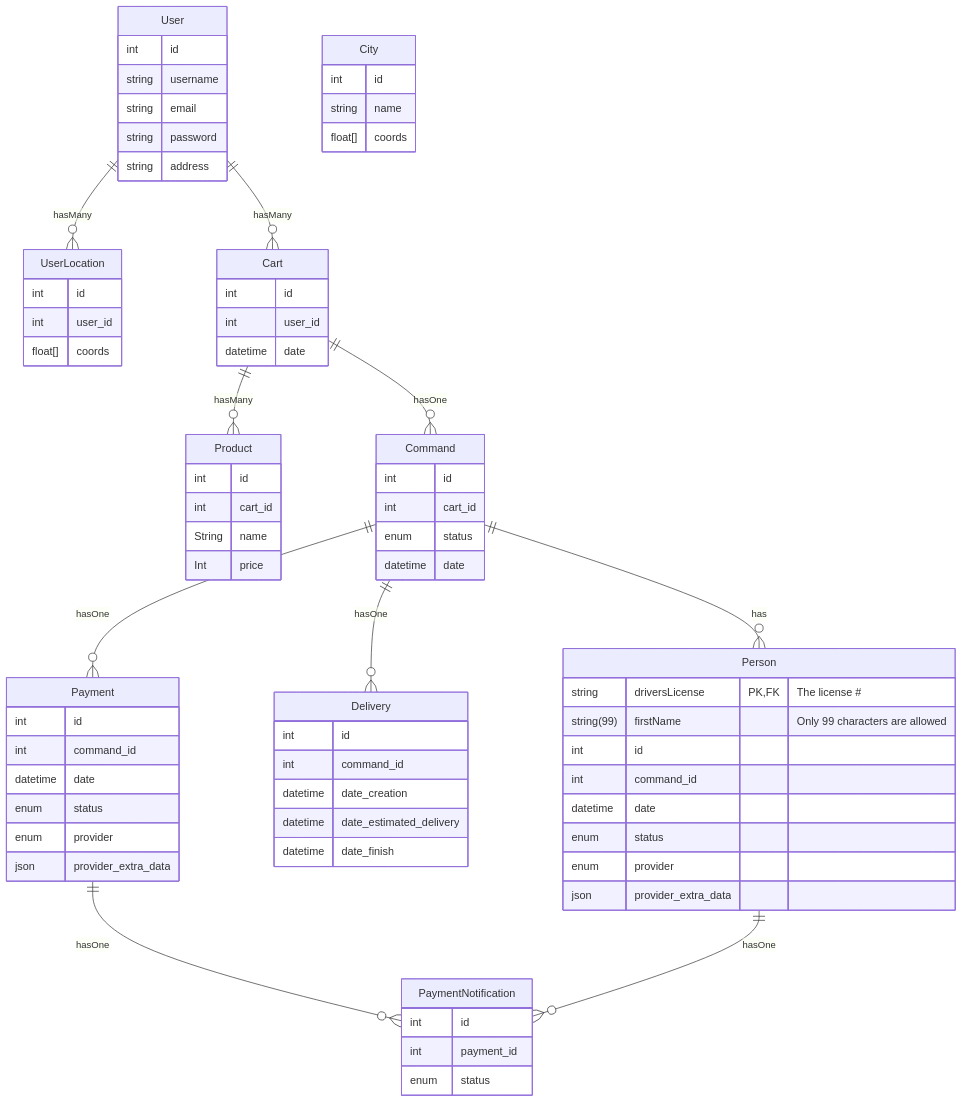
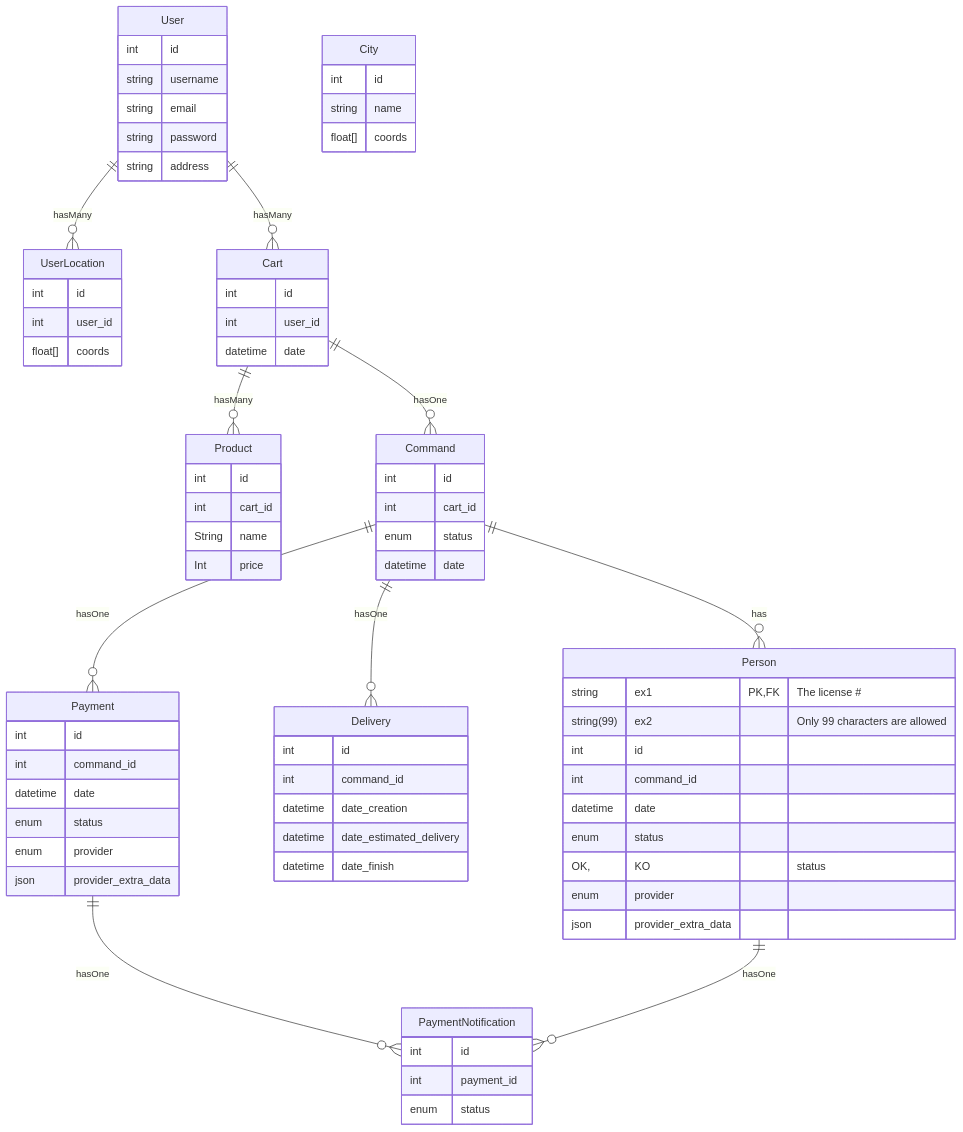
The first of 6 diagrams in readme.md (joussin/api_allopico_old), drawn with Mermaid before and after one commit.

```diff
--- a/readme.md
+++ b/readme.md
@@ -108,12 +108,12 @@
  
     
      Person {
-        string driversLicense PK, FK "The license #"
-        string(99) firstName "Only 99 characters are allowed"
+        string ex1 PK, FK "The license #"
+        string(99) ex2 "Only 99 characters are allowed"
             int id
 	     int command_id  
 		 datetime date
-		 enum status  
+		 enum status OK, KO "status"
 		 enum provider   
 		 json provider_extra_data
     }
```
